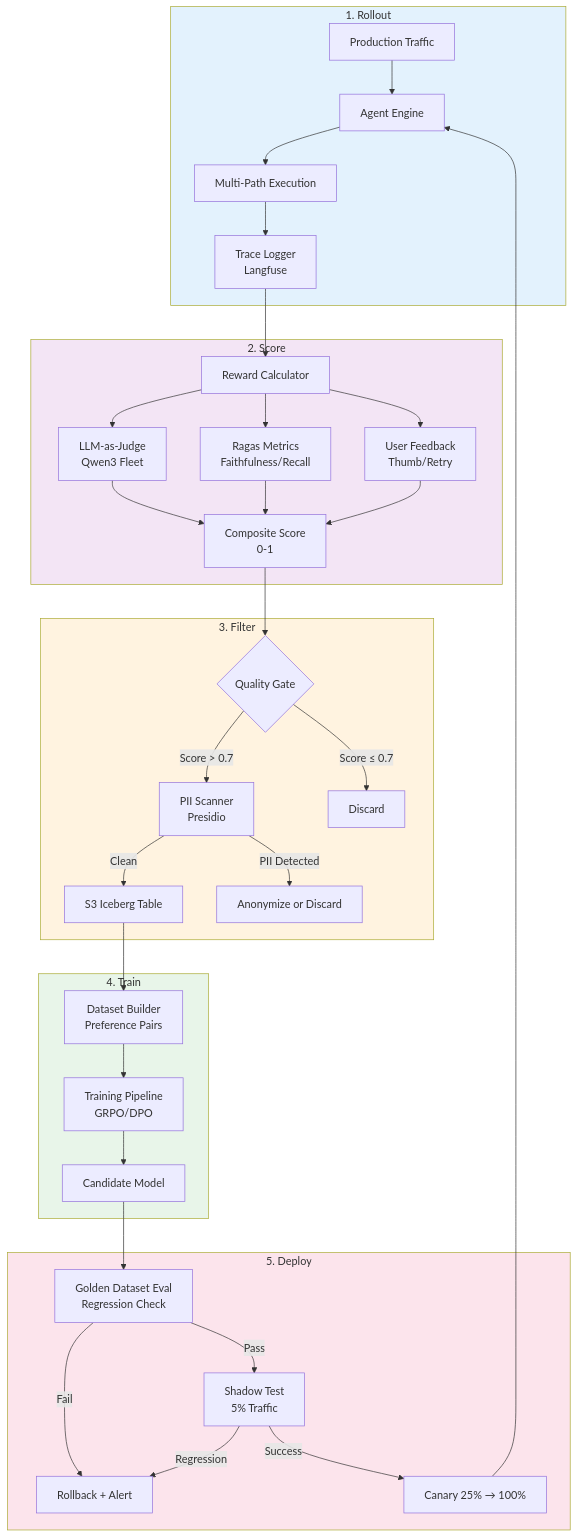
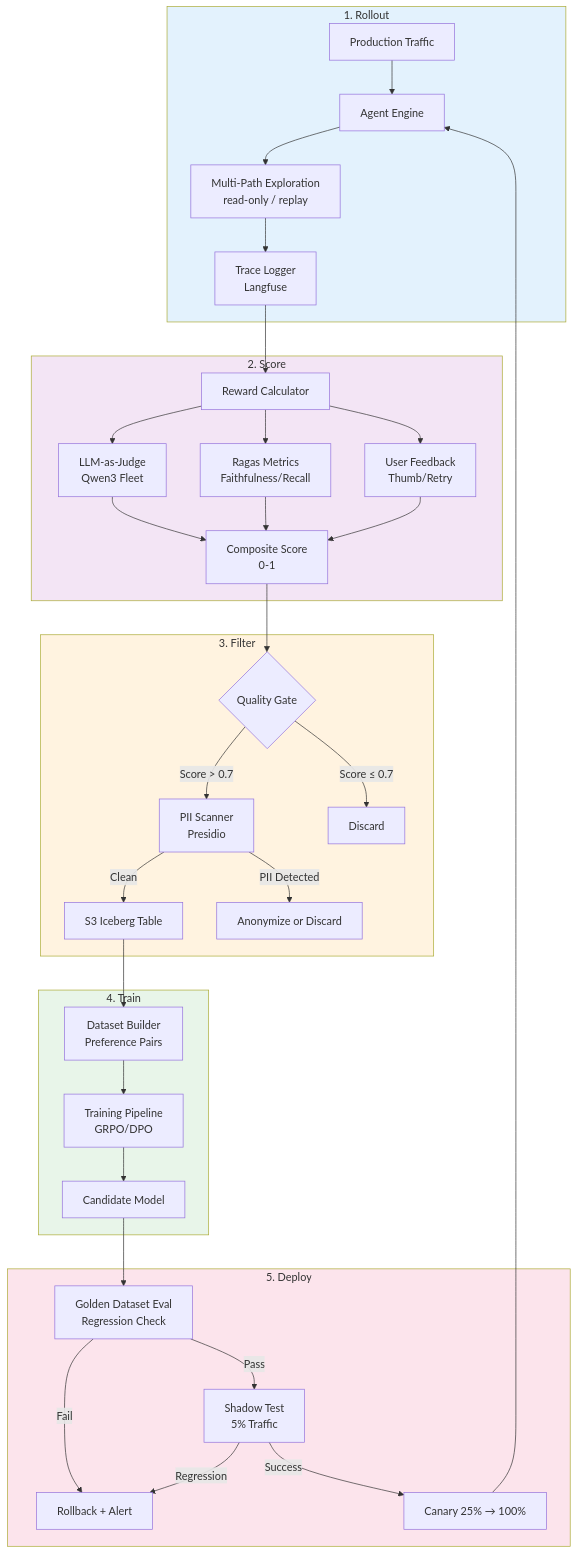
One commit to devfloor9/engineering-playbook changed the second of 3 diagrams in docs/agentic-ai-platform/design-architecture/advanced-patterns/self-improving-agent-loop.md. Above: the diagram before and after it, drawn with Mermaid. The commit also changed other lines of this file and 39 other files, not shown here.

````diff
--- a/docs/agentic-ai-platform/design-architecture/advanced-patterns/self-improving-agent-loop.md
+++ b/docs/agentic-ai-platform/design-architecture/advanced-patterns/self-improving-agent-loop.md
@@ -84,46 +84,46 @@
 ```mermaid
 graph TB
     subgraph Stage1["1. Rollout"]
         A[Production Traffic] --> B[Agent Engine]
-        B --> C[Multi-Path Execution]
+        B --> C[Multi-Path Exploration<br/>read-only / replay]
         C --> D[Trace Logger<br/>Langfuse]
     end
 
     subgraph Stage2["2. Score"]
         D --> E[Reward Calculator]
         E --> F[LLM-as-Judge<br/>Qwen3 Fleet]
         E --> G[Ragas Metrics<br/>Faithfulness/Recall]
         E --> H[User Feedback<br/>Thumb/Retry]
         F & G & H --> I[Composite Score<br/>0-1]
     end
 
     subgraph Stage3["3. Filter"]
         I --> J{Quality Gate}
         J -->|Score > 0.7| K[PII Scanner<br/>Presidio]
         J -->|Score ≤ 0.7| L[Discard]
         K -->|Clean| M[S3 Iceberg Table]
         K -->|PII Detected| N[Anonymize or Discard]
     end
 
     subgraph Stage4["4. Train"]
         M --> O[Dataset Builder<br/>Preference Pairs]
         O --> P[Training Pipeline<br/>GRPO/DPO]
         P --> Q[Candidate Model]
     end
 
     subgraph Stage5["5. Deploy"]
         Q --> R[Golden Dataset Eval<br/>Regression Check]
         R -->|Pass| S[Shadow Test<br/>5% Traffic]
         R -->|Fail| T[Rollback + Alert]
         S -->|Success| U[Canary 25% → 100%]
         S -->|Regression| T
     end
 
     U --> B
 
     style Stage1 fill:#e3f2fd
     style Stage2 fill:#f3e5f5
     style Stage3 fill:#fff3e0
     style Stage4 fill:#e8f5e9
     style Stage5 fill:#fce4ec
 ```
````
